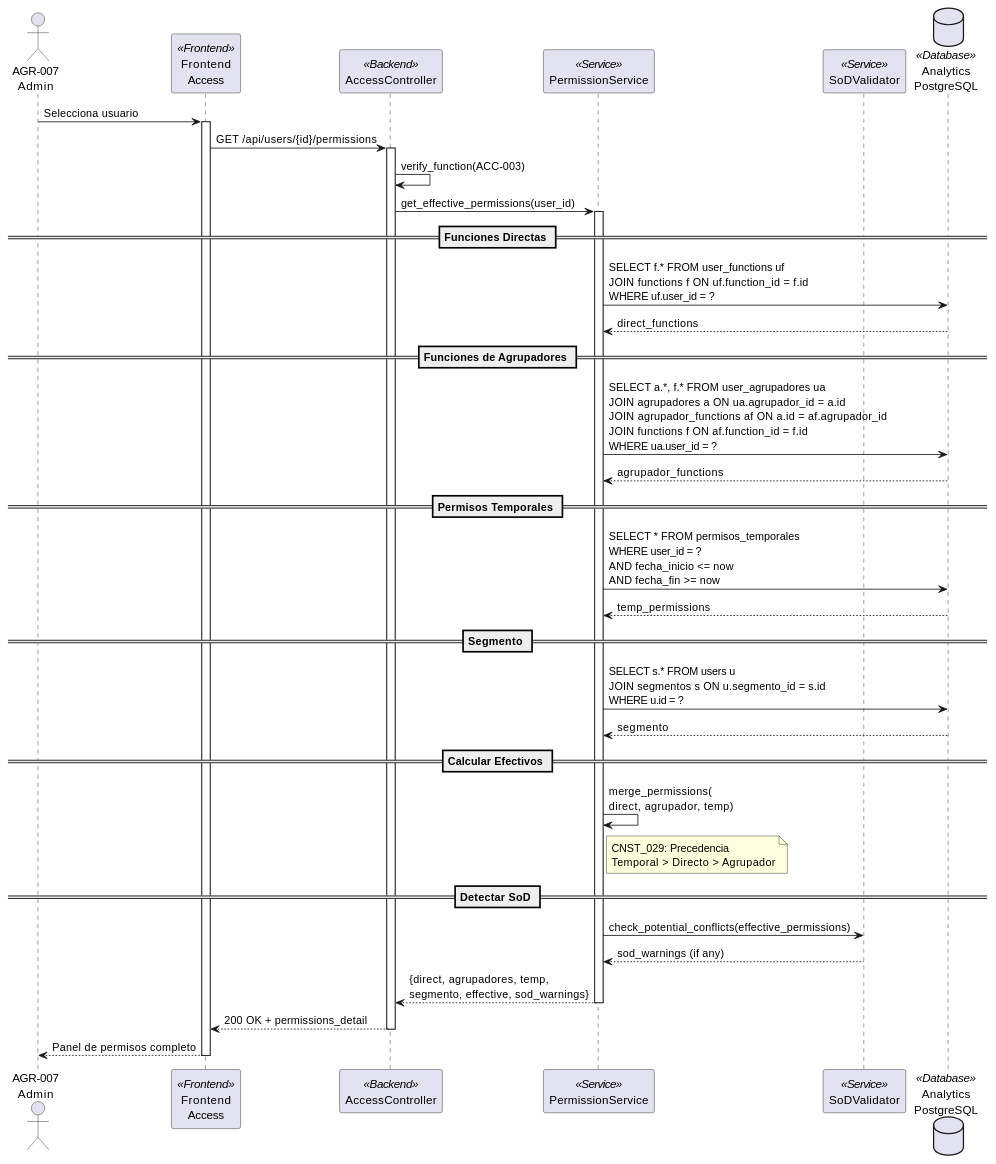
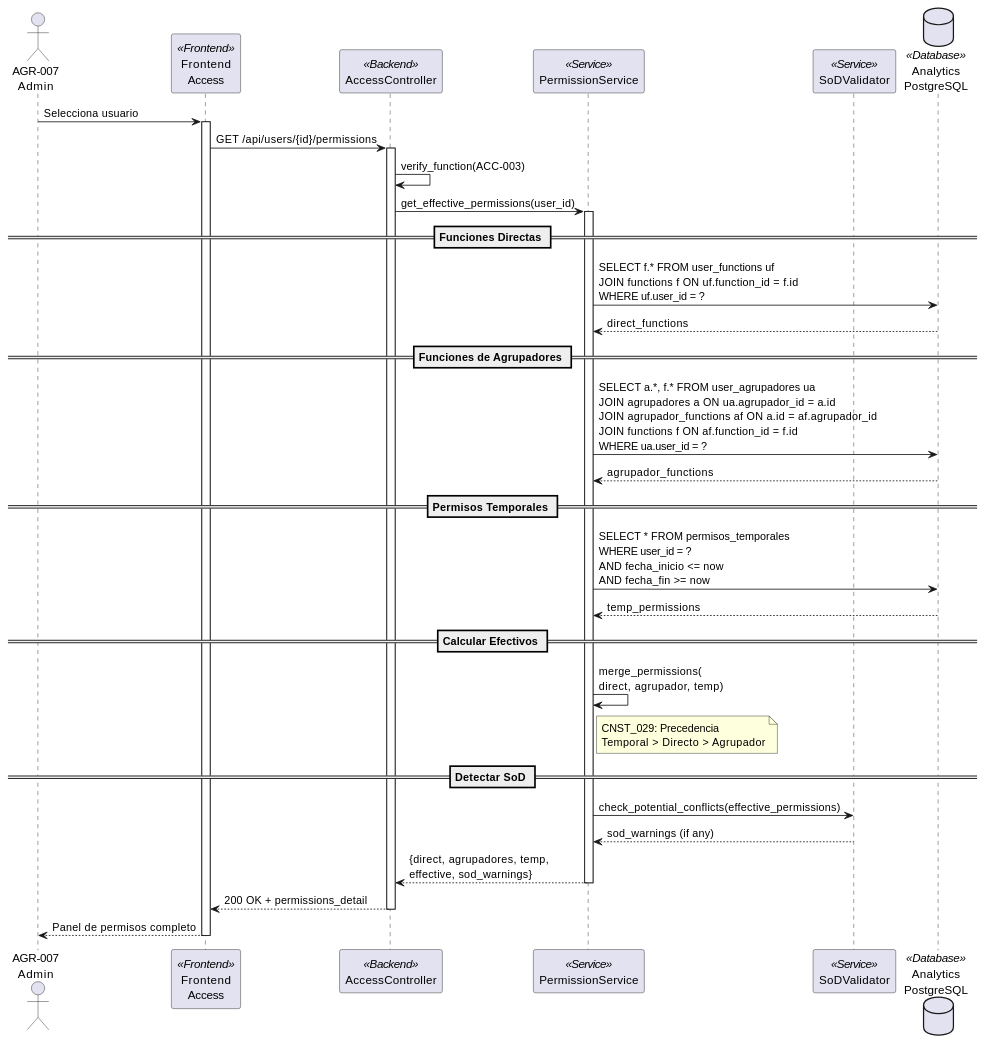
One commit to jcg-admin/IACT-docs changed the second of 3 diagrams in source/requisitos/casos-uso/access/uc-acc-03-consultar-permisos.rst. Above: the diagram before and after it, drawn with PlantUML. The commit also changed other lines of this file and 6 other files, not shown here.

```diff
--- a/source/requisitos/casos-uso/access/uc-acc-03-consultar-permisos.rst
+++ b/source/requisitos/casos-uso/access/uc-acc-03-consultar-permisos.rst
@@ -176,60 +172,56 @@
 .. uml::
  :caption: Diagrama de Secuencia - UC_ACC_03
 
  @startuml
 
  actor "AGR-007\nAdmin" as A
  participant "Frontend\nAccess" as FE <<Frontend>>
  participant "AccessController" as AC <<Backend>>
  participant "PermissionService" as PS <<Service>>
  participant "SoDValidator" as SOD <<Service>>
  database "Analytics\nPostgreSQL" as DB <<Database>>
 
  A -> FE: Selecciona usuario
  activate FE
 
  FE -> AC: GET /api/users/{id}/permissions
  activate AC
 
  AC -> AC: verify_function(ACC-003)
 
  AC -> PS: get_effective_permissions(user_id)
  activate PS
 
  == Funciones Directas ==
  PS -> DB: SELECT f.* FROM user_functions uf\nJOIN functions f ON uf.function_id = f.id\nWHERE uf.user_id = ?
  DB --> PS: direct_functions
 
  == Funciones de Agrupadores ==
  PS -> DB: SELECT a.*, f.* FROM user_agrupadores ua\nJOIN agrupadores a ON ua.agrupador_id = a.id\nJOIN agrupador_functions af ON a.id = af.agrupador_id\nJOIN functions f ON af.function_id = f.id\nWHERE ua.user_id = ?
  DB --> PS: agrupador_functions
 
  == Permisos Temporales ==
  PS -> DB: SELECT * FROM permisos_temporales\nWHERE user_id = ?\nAND fecha_inicio <= now\nAND fecha_fin >= now
  DB --> PS: temp_permissions
 
- == Segmento ==
- PS -> DB: SELECT s.* FROM users u\nJOIN segmentos s ON u.segmento_id = s.id\nWHERE u.id = ?
- DB --> PS: segmento
-
  == Calcular Efectivos ==
  PS -> PS: merge_permissions(\ndirect, agrupador, temp)
  note right of PS
  CNST_029: Precedencia
  Temporal > Directo > Agrupador
  end note
 
  == Detectar SoD ==
  PS -> SOD: check_potential_conflicts(effective_permissions)
  SOD --> PS: sod_warnings (if any)
 
- PS --> AC: {direct, agrupadores, temp,\nsegmento, effective, sod_warnings}
+ PS --> AC: {direct, agrupadores, temp,\neffective, sod_warnings}
  deactivate PS
 
  AC --> FE: 200 OK + permissions_detail
  deactivate AC
 
  FE --> A: Panel de permisos completo
  deactivate FE
 
  @enduml
```
